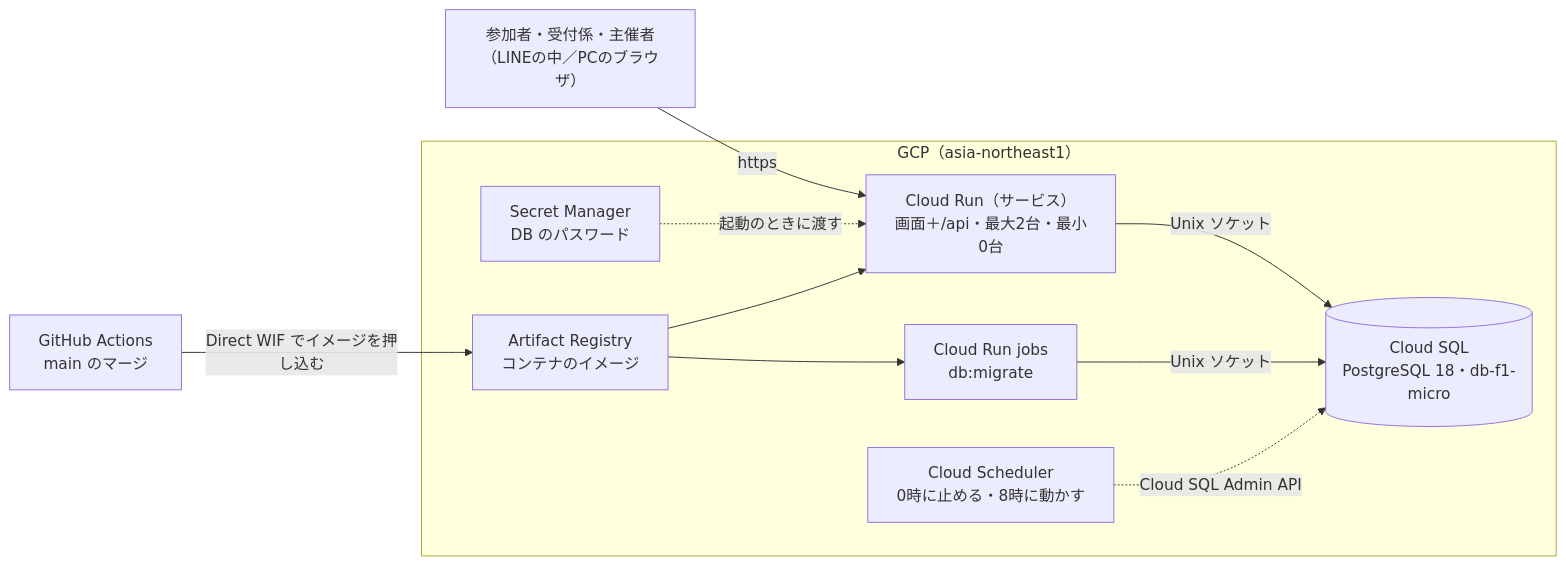
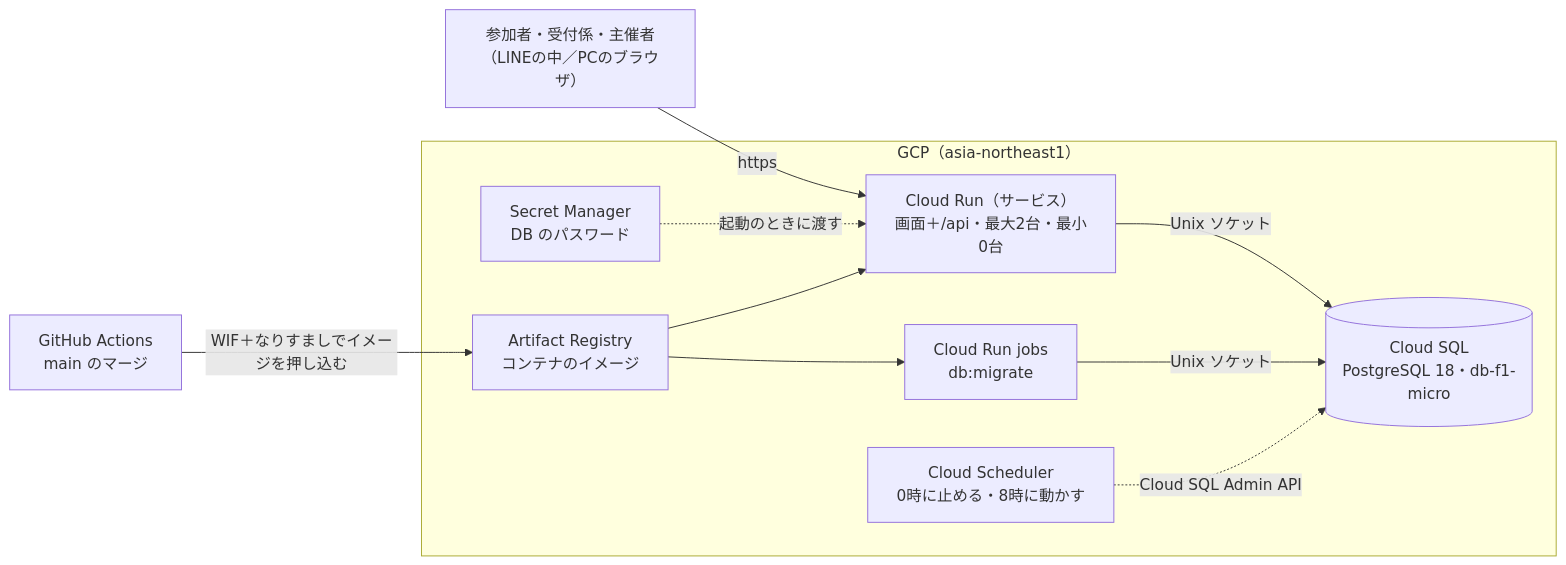
One commit to takumi-okuya-dev/kanaeru-apps changed the first of 4 diagrams in docs/study/gcp.md. Above: the diagram before and after it, drawn with Mermaid. The commit also changed other lines of this file and 3 other files, not shown here.

````diff
--- a/docs/study/gcp.md
+++ b/docs/study/gcp.md
@@ -58,21 +58,21 @@
 ```mermaid
 flowchart LR
   user["参加者・受付係・主催者<br/>（LINEの中／PCのブラウザ）"]
   subgraph gcp["GCP（asia-northeast1）"]
     run["Cloud Run（サービス）<br/>画面＋/api・最大2台・最小0台"]
     job["Cloud Run jobs<br/>db:migrate"]
     sql[("Cloud SQL<br/>PostgreSQL 18・db-f1-micro")]
     sm["Secret Manager<br/>DB のパスワード"]
     ar["Artifact Registry<br/>コンテナのイメージ"]
     sch["Cloud Scheduler<br/>0時に止める・8時に動かす"]
   end
   gh["GitHub Actions<br/>main のマージ"]
   user -- "https" --> run
   run -- "Unix ソケット" --> sql
   job -- "Unix ソケット" --> sql
   sm -. "起動のときに渡す" .-> run
-  gh -- "Direct WIF でイメージを押し込む" --> ar
+  gh -- "WIF＋なりすましでイメージを押し込む" --> ar
   ar --> job
   ar --> run
   sch -. "Cloud SQL Admin API" .-> sql
 ```
````
